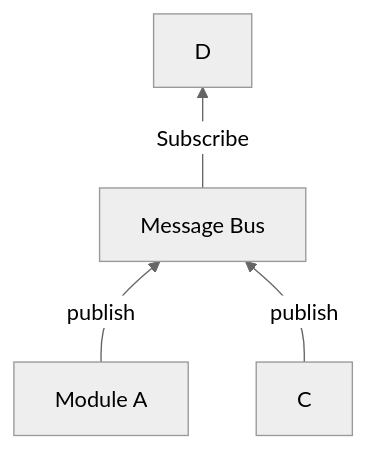
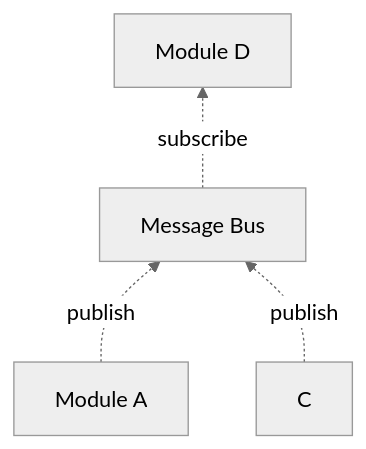
Before and after one commit to sodacan-net/sodacan-core: the diagram in documentation/architecture.md, drawn with Mermaid (neutral theme).

Commit message:
Adding mermaid drawings to docs

````diff
--- a/documentation/architecture.md
+++ b/documentation/architecture.md
@@ -12,6 +12,6 @@
 ```mermaid
 flowchart BT;
-    A[Module A] -- publish --> B[Message Bus];
-    C -- publish --> B[Message Bus];
-    B[Message Bus] -- Subscribe --> D ;
+    A[Module A] -. publish .-> B[Message Bus];
+    C -. publish .-> B[Message Bus];
+    B[Message Bus] -. subscribe .-> D[Module D];
 ```
````
